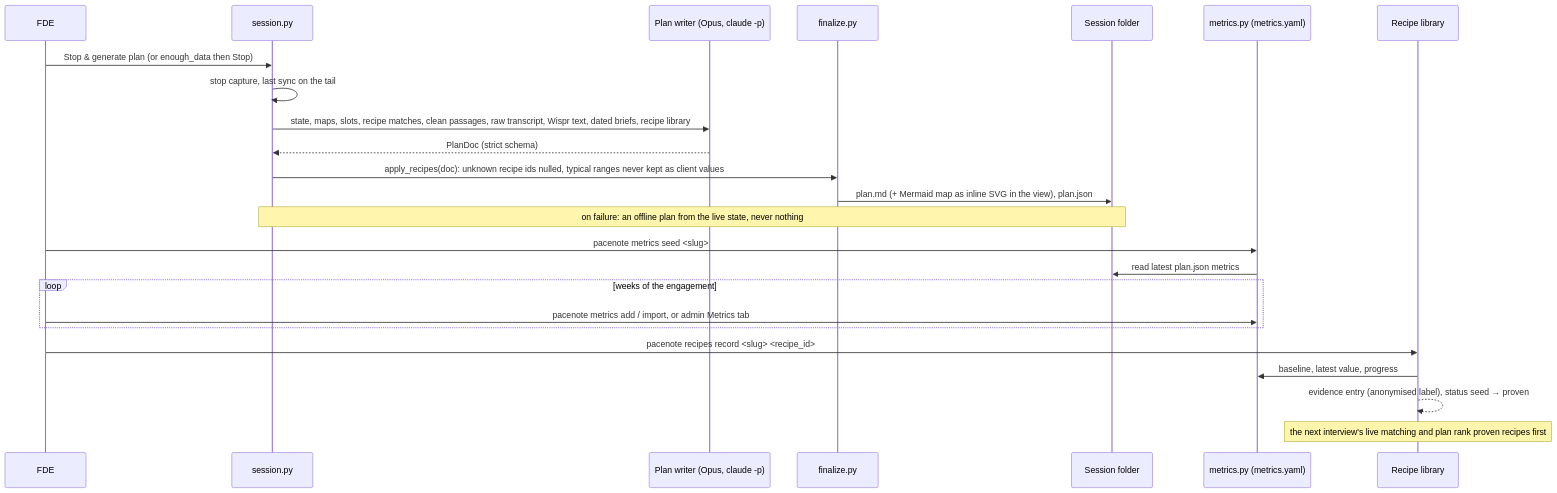
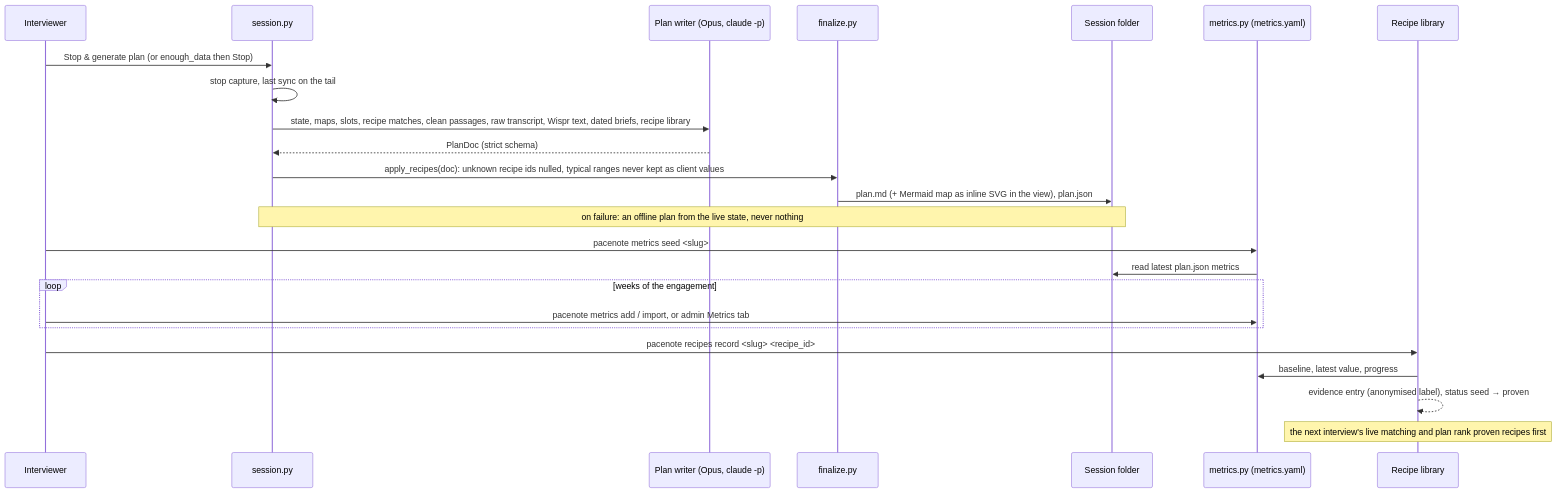
One commit to julienmayeur/Pacenotes changed the third of 3 diagrams in docs/architecture.md. Above: the diagram before and after it, drawn with Mermaid. The commit also changed other lines of this file and 2 other files, not shown here.

````diff
--- a/docs/architecture.md
+++ b/docs/architecture.md
@@ -351,27 +351,27 @@
 ```mermaid
 sequenceDiagram
-    participant FDE
+    participant I as Interviewer
     participant S as session.py
     participant O as Plan writer (Opus, claude -p)
     participant F as finalize.py
     participant D as Session folder
     participant M as metrics.py (metrics.yaml)
     participant R as Recipe library
 
-    FDE->>S: Stop & generate plan (or enough_data then Stop)
+    I->>S: Stop & generate plan (or enough_data then Stop)
     S->>S: stop capture, last sync on the tail
     S->>O: state, maps, slots, recipe matches, clean passages, raw transcript, Wispr text, dated briefs, recipe library
     O-->>S: PlanDoc (strict schema)
     S->>F: apply_recipes(doc): unknown recipe ids nulled, typical ranges never kept as client values
     F->>D: plan.md (+ Mermaid map as inline SVG in the view), plan.json
     Note over S,D: on failure: an offline plan from the live state, never nothing
-    FDE->>M: pacenote metrics seed <slug>
+    I->>M: pacenote metrics seed <slug>
     M->>D: read latest plan.json metrics
     loop weeks of the engagement
-        FDE->>M: pacenote metrics add / import, or admin Metrics tab
+        I->>M: pacenote metrics add / import, or admin Metrics tab
     end
-    FDE->>R: pacenote recipes record <slug> <recipe_id>
+    I->>R: pacenote recipes record <slug> <recipe_id>
     R->>M: baseline, latest value, progress
     R-->>R: evidence entry (anonymised label), status seed → proven
     Note over R: the next interview's live matching and plan rank proven recipes first
 ```
````
